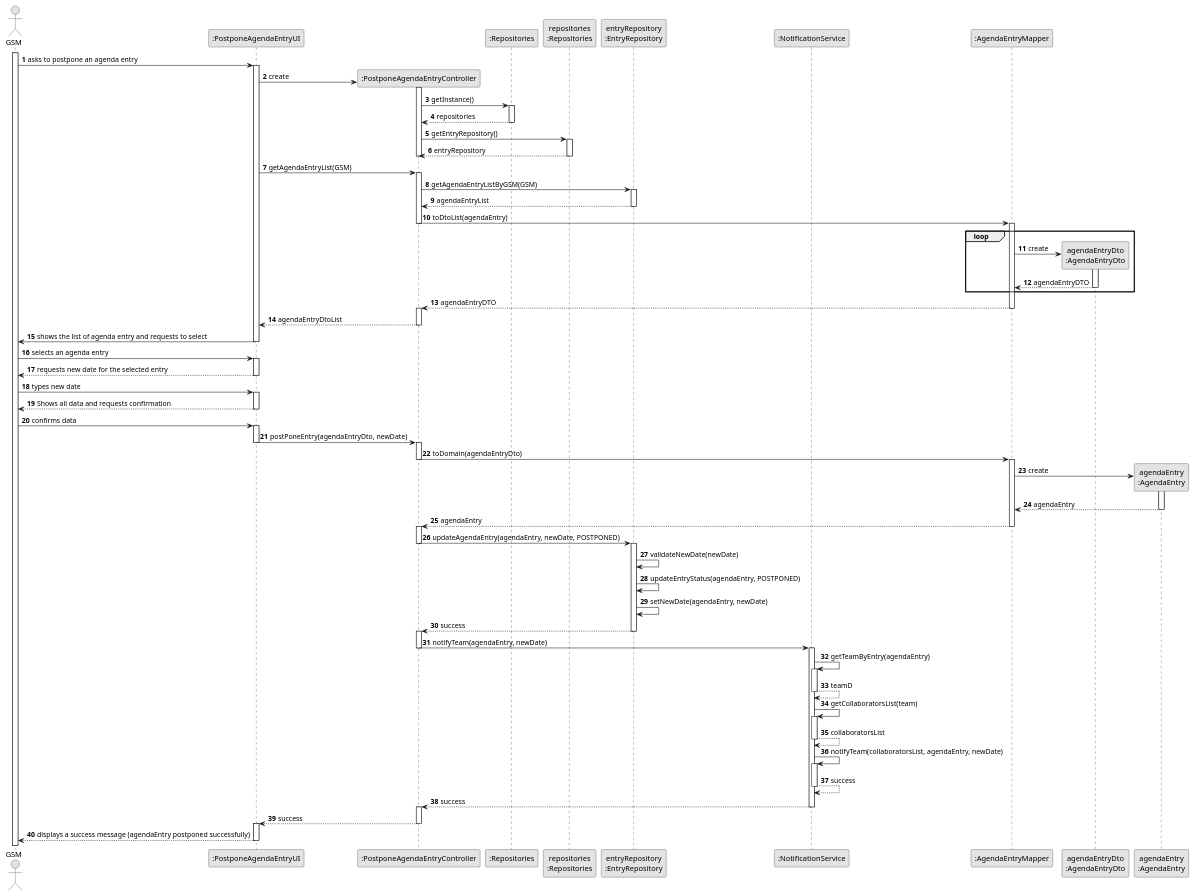
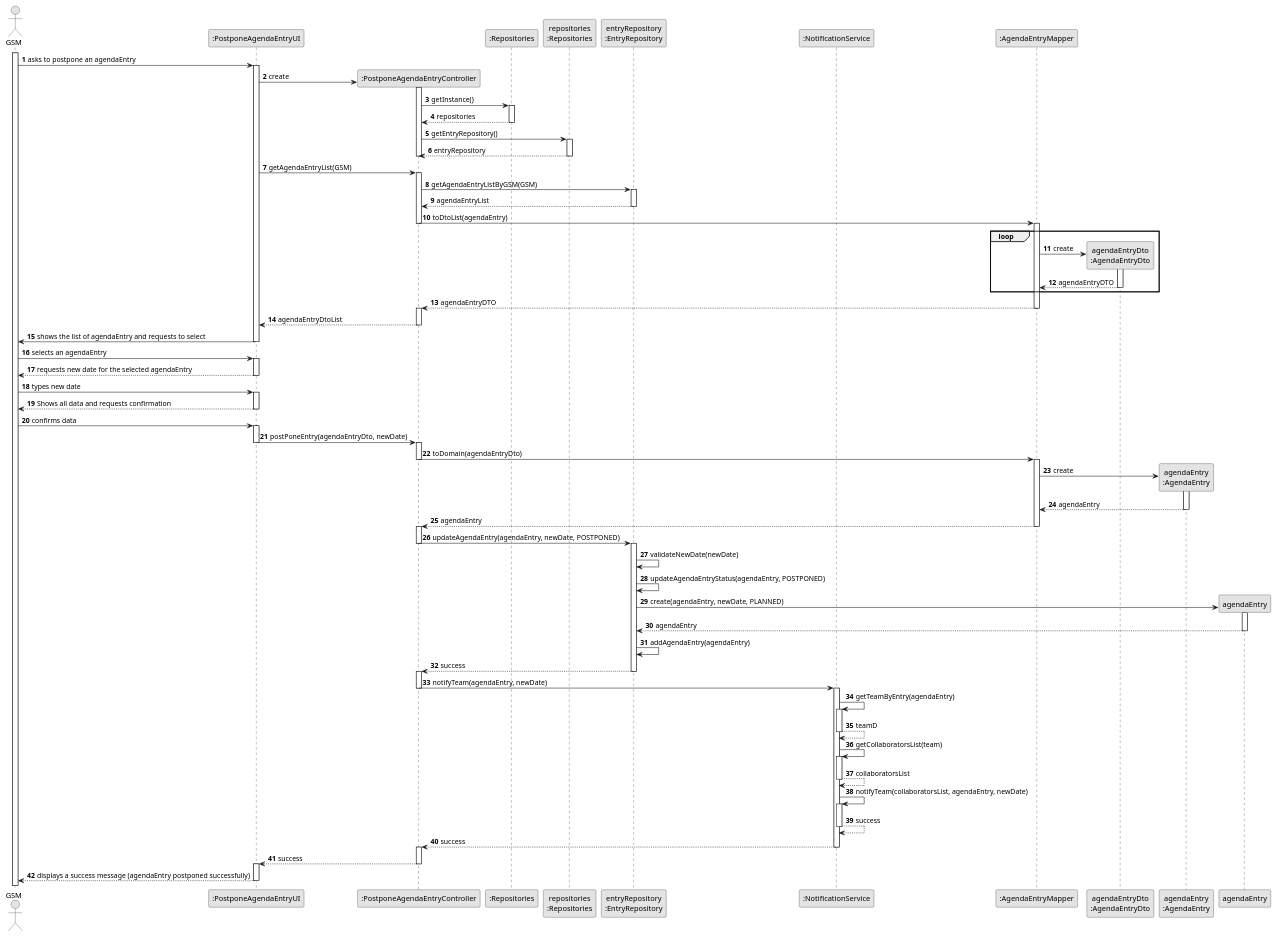
The diagram in docs/sprintC/us024/03.design/puml/us024-sequence-diagram-full.puml (ricardomm7/leaflink), drawn with PlantUML before and after one commit. The commit also changed 20 other files, not shown here.

```diff
--- a/docs/sprintC/us024/03.design/puml/us024-sequence-diagram-full.puml
+++ b/docs/sprintC/us024/03.design/puml/us024-sequence-diagram-full.puml
@@ -1,161 +1,162 @@
 @startuml
 skinparam monochrome true
 skinparam packageStyle rectangle
 skinparam shadowing false
 
 autonumber
 
 actor "GSM" as GSM
 participant ":PostponeAgendaEntryUI" as UI
 participant ":PostponeAgendaEntryController" as CTRL
 participant ":Repositories" as RepositorySingleton
 participant "repositories\n:Repositories" as PLAT
 participant "entryRepository\n:EntryRepository" as EntryRepo
 participant ":NotificationService" as NotificationService
 participant ":AgendaEntryMapper" as AgendaEntryMapper
 participant "agendaEntryDto\n:AgendaEntryDto" as AgendaEntryDto
 participant "agendaEntry\n:AgendaEntry" as AgendaEntry
 
 
 
 activate GSM
 
-    GSM -> UI : asks to postpone an agenda entry
+    GSM -> UI : asks to postpone an agendaEntry
     activate UI
 
         UI -> CTRL **: create
         activate CTRL
 
             CTRL -> RepositorySingleton : getInstance()
             activate RepositorySingleton
 
                 RepositorySingleton --> CTRL : repositories
             deactivate RepositorySingleton
 
             CTRL -> PLAT : getEntryRepository()
             activate PLAT
 
                 PLAT --> CTRL : entryRepository
             deactivate PLAT
 
              deactivate CTRL
 
 
         UI -> CTRL: getAgendaEntryList(GSM)
 
         activate CTRL
 
             CTRL -> EntryRepo: getAgendaEntryListByGSM(GSM)
             activate EntryRepo
 
             EntryRepo --> CTRL: agendaEntryList
             deactivate EntryRepo
 
             CTRL -> AgendaEntryMapper : toDtoList(agendaEntry)
             deactivate CTRL
             activate AgendaEntryMapper
 
             loop
                 AgendaEntryMapper -> AgendaEntryDto** : create
                 activate AgendaEntryDto
 
                 AgendaEntryDto --> AgendaEntryMapper : agendaEntryDTO
                 deactivate AgendaEntryDto
             end
             AgendaEntryMapper --> CTRL : agendaEntryDTO
             deactivate AgendaEntryMapper
             activate CTRL
 
 
             CTRL --> UI : agendaEntryDtoList
         deactivate CTRL
 
-        UI -> GSM : shows the list of agenda entry and requests to select
+        UI -> GSM : shows the list of agendaEntry and requests to select
     deactivate UI
 
-    GSM -> UI : selects an agenda entry
+    GSM -> UI : selects an agendaEntry
     activate UI
 
-        UI --> GSM : requests new date for the selected entry
+        UI --> GSM : requests new date for the selected agendaEntry
     deactivate UI
 
     GSM -> UI : types new date
     activate UI
 
     UI --> GSM : Shows all data and requests confirmation
     deactivate UI
 
     GSM -> UI: confirms data
     activate UI
 
         UI -> CTRL : postPoneEntry(agendaEntryDto, newDate)
         deactivate UI
         activate CTRL
 
             CTRL -> AgendaEntryMapper : toDomain(agendaEntryDto)
             deactivate CTRL
             activate AgendaEntryMapper
 
                 AgendaEntryMapper -> AgendaEntry** : create
                 activate AgendaEntry
 
                 AgendaEntry --> AgendaEntryMapper : agendaEntry
                 deactivate AgendaEntry
 
             AgendaEntryMapper --> CTRL : agendaEntry
             deactivate AgendaEntryMapper
             activate CTRL
 
             CTRL -> EntryRepo : updateAgendaEntry(agendaEntry, newDate, POSTPONED)
             deactivate CTRL
             activate EntryRepo
 
+                EntryRepo -> EntryRepo : validateNewDate(newDate)
+                EntryRepo -> EntryRepo : updateAgendaEntryStatus(agendaEntry, POSTPONED)
 
+                EntryRepo -> agendaEntry **: create(agendaEntry, newDate, PLANNED)
+                activate agendaEntry
 
+                agendaEntry--> EntryRepo: agendaEntry
+                deactivate agendaEntry
 
+                EntryRepo -> EntryRepo: addAgendaEntry(agendaEntry)
 
-
-
-
-                EntryRepo -> EntryRepo : validateNewDate(newDate)
-                EntryRepo -> EntryRepo : updateEntryStatus(agendaEntry, POSTPONED)
-                EntryRepo -> EntryRepo : setNewDate(agendaEntry, newDate)
 
             EntryRepo --> CTRL : success
             deactivate EntryRepo
             activate CTRL
 
             CTRL -> NotificationService : notifyTeam(agendaEntry, newDate)
             deactivate CTRL
             activate NotificationService
 
                 NotificationService -> NotificationService : getTeamByEntry(agendaEntry)
                 activate NotificationService
 
                 NotificationService --> NotificationService : teamD
                 deactivate NotificationService
 
                 NotificationService -> NotificationService : getCollaboratorsList(team)
                 activate NotificationService
 
                 NotificationService --> NotificationService : collaboratorsList
                 deactivate NotificationService
 
                 NotificationService -> NotificationService : notifyTeam(collaboratorsList, agendaEntry, newDate)
                 activate NotificationService
 
                 NotificationService --> NotificationService : success
                 deactivate NotificationService
 
                 NotificationService --> CTRL : success
                 deactivate NotificationService
         activate CTRL
 
         CTRL --> UI : success
     deactivate CTRL
     activate UI
 
     UI --> GSM : displays a success message (agendaEntry postponed successfully)
 deactivate UI
 
 @enduml
```
